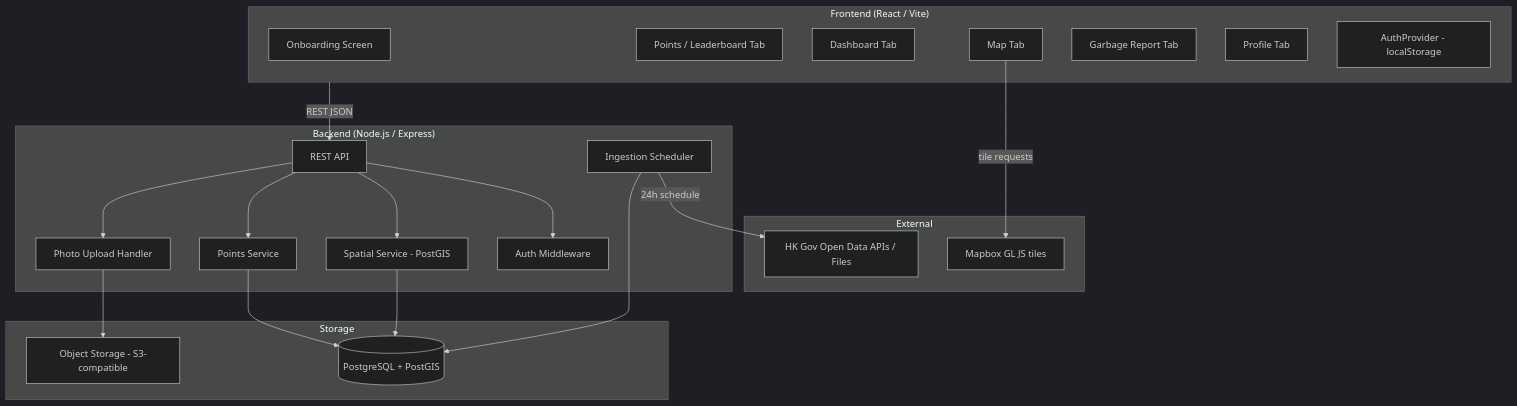
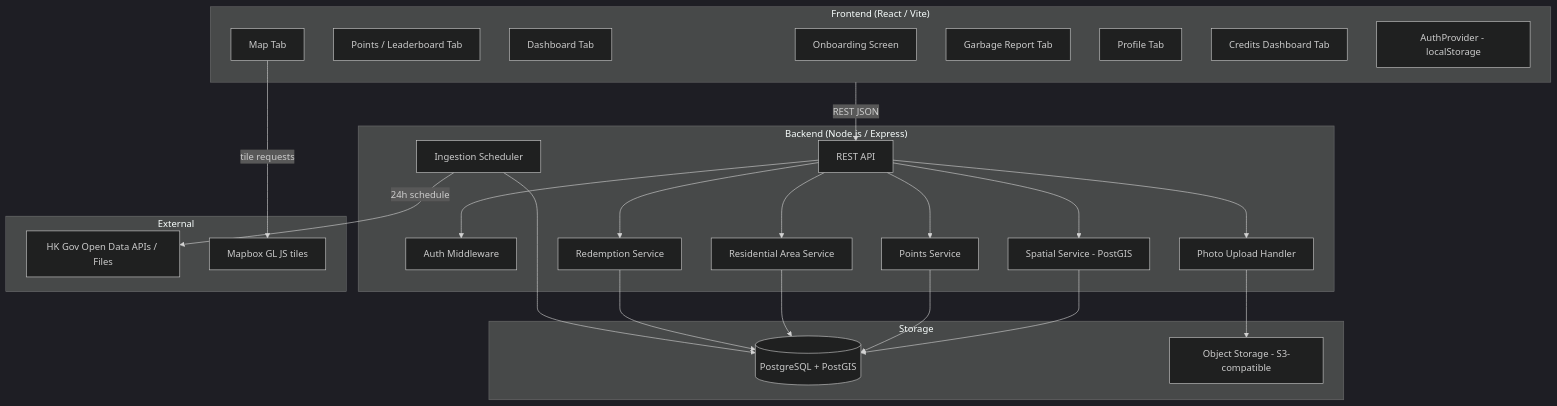
The diagram in .kiro/specs/green-loop-app/design.md (phl-blu/cuhk-data-hack), drawn with Mermaid (dark theme) before and after one commit. The commit also changed other lines of this file and 4978 other files, not shown here.

````diff
--- a/.kiro/specs/green-loop-app/design.md
+++ b/.kiro/specs/green-loop-app/design.md
@@ -21,43 +21,50 @@
 ```mermaid
 graph TD
     subgraph Frontend ["Frontend (React / Vite)"]
         A[Onboarding Screen]
         B[Points / Leaderboard Tab]
         C[Dashboard Tab]
         D[Map Tab]
         E[Garbage Report Tab]
         F[Profile Tab]
+        CR[Credits Dashboard Tab]
         G[AuthProvider - localStorage]
     end
 
     subgraph Backend ["Backend (Node.js / Express)"]
         H[REST API]
         I[Auth Middleware]
         J[Ingestion Scheduler]
         K[Spatial Service - PostGIS]
         L[Points Service]
         M[Photo Upload Handler]
+        RA[Residential Area Service]
+        RD[Redemption Service]
     end
 
     subgraph Storage
         N[(PostgreSQL + PostGIS)]
         O[Object Storage - S3-compatible]
     end
 
     subgraph External
         P[HK Gov Open Data APIs / Files]
         Q[Mapbox GL JS tiles]
     end
 
     Frontend -->|REST JSON| H
     H --> I
     H --> K
     H --> L
     H --> M
+    H --> RA
+    H --> RD
     K --> N
     L --> N
+    RA --> N
+    RD --> N
     M --> O
     J -->|24h schedule| P
     J --> N
     D -->|tile requests| Q
 ```
````
